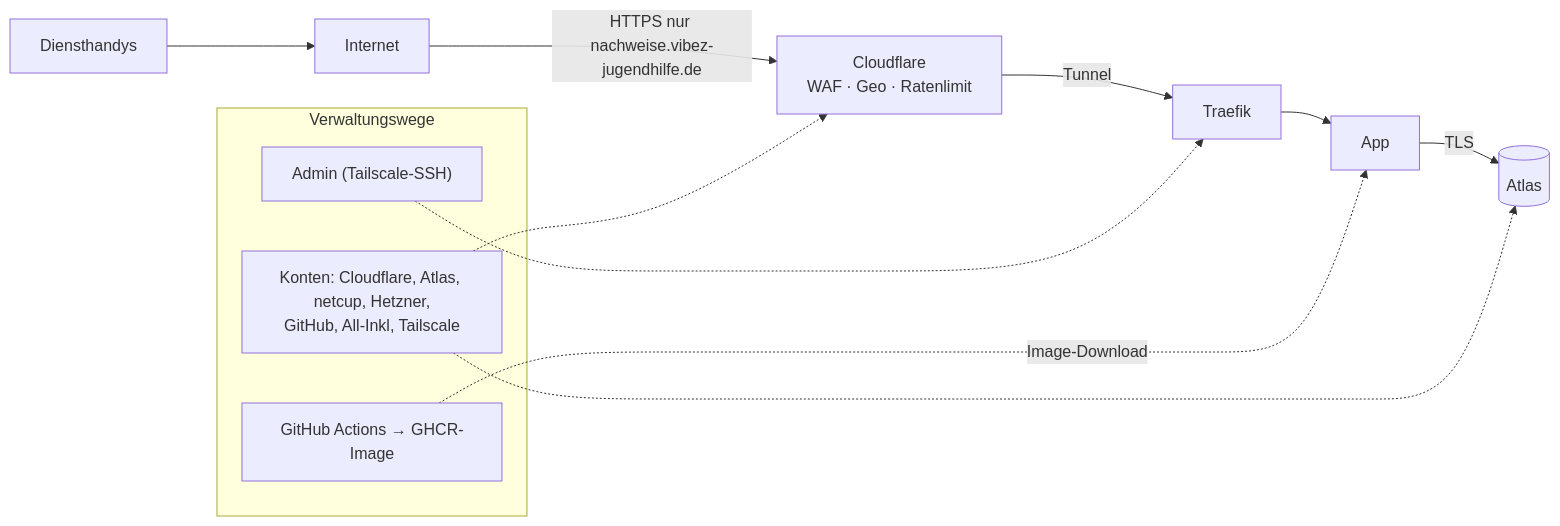
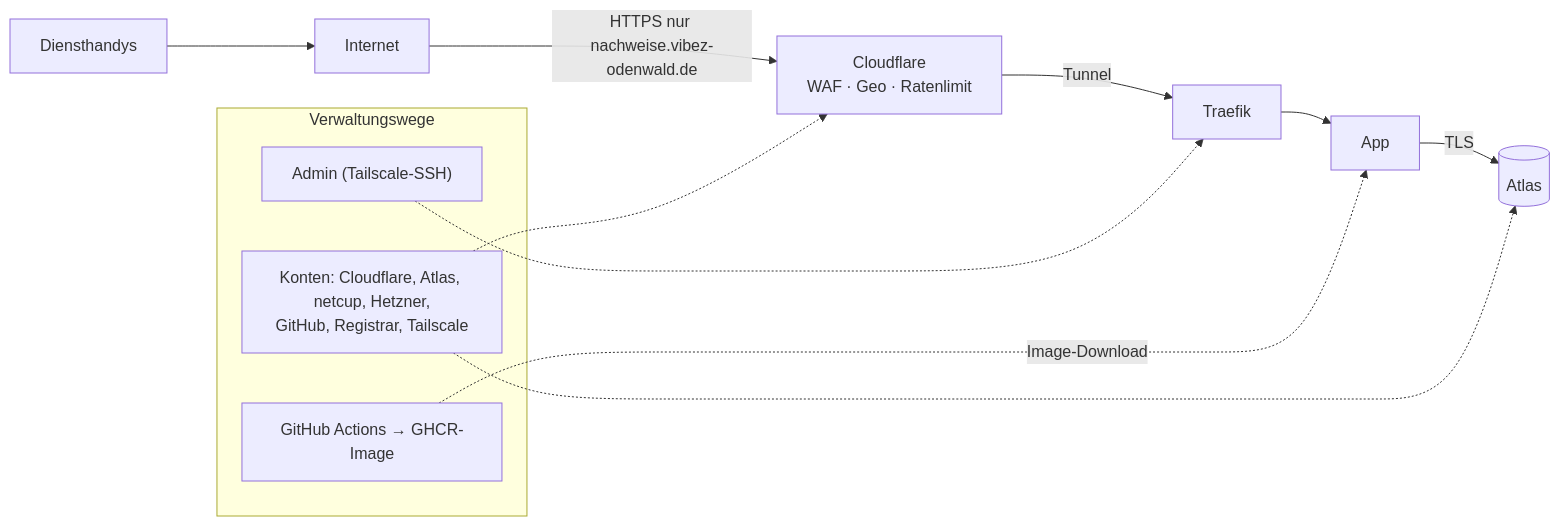
One commit to mbay-ODW/vibez-betrieb changed the diagram in docs/sicherheitsanalyse.md. Above: the diagram before and after it, drawn with Mermaid. The commit also changed other lines of this file and 9 other files, not shown here.

First line of the commit message:
Eigene Domain vibez-odenwald.de für die App (DNS bei Cloudflare)

````diff
--- a/docs/sicherheitsanalyse.md
+++ b/docs/sicherheitsanalyse.md
@@ -41,15 +41,15 @@
 ```mermaid
 flowchart LR
-    I["Internet"] -->|"HTTPS nur nachweise.vibez-jugendhilfe.de"| CF["Cloudflare<br/>WAF · Geo · Ratenlimit"]
+    I["Internet"] -->|"HTTPS nur nachweise.vibez-odenwald.de"| CF["Cloudflare<br/>WAF · Geo · Ratenlimit"]
     CF -->|Tunnel| T["Traefik"] --> A["App"]
     A -->|TLS| DB[("Atlas")]
     subgraph Verwaltungswege
       ADM["Admin (Tailscale-SSH)"]
-      KON["Konten: Cloudflare, Atlas, netcup, Hetzner,<br/>GitHub, All-Inkl, Tailscale"]
+      KON["Konten: Cloudflare, Atlas, netcup, Hetzner,<br/>GitHub, Registrar, Tailscale"]
       CI["GitHub Actions → GHCR-Image"]
     end
     ADM -.-> T
     KON -.-> CF & DB
     CI -.->|"Image-Download"| A
     H["Diensthandys"] --> I
 ```
````
